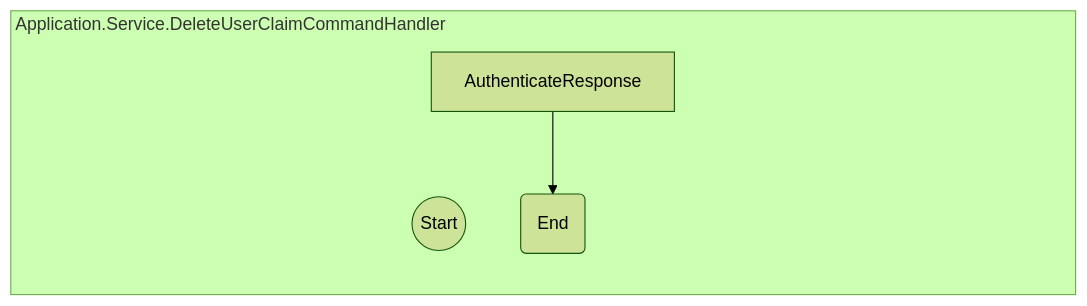
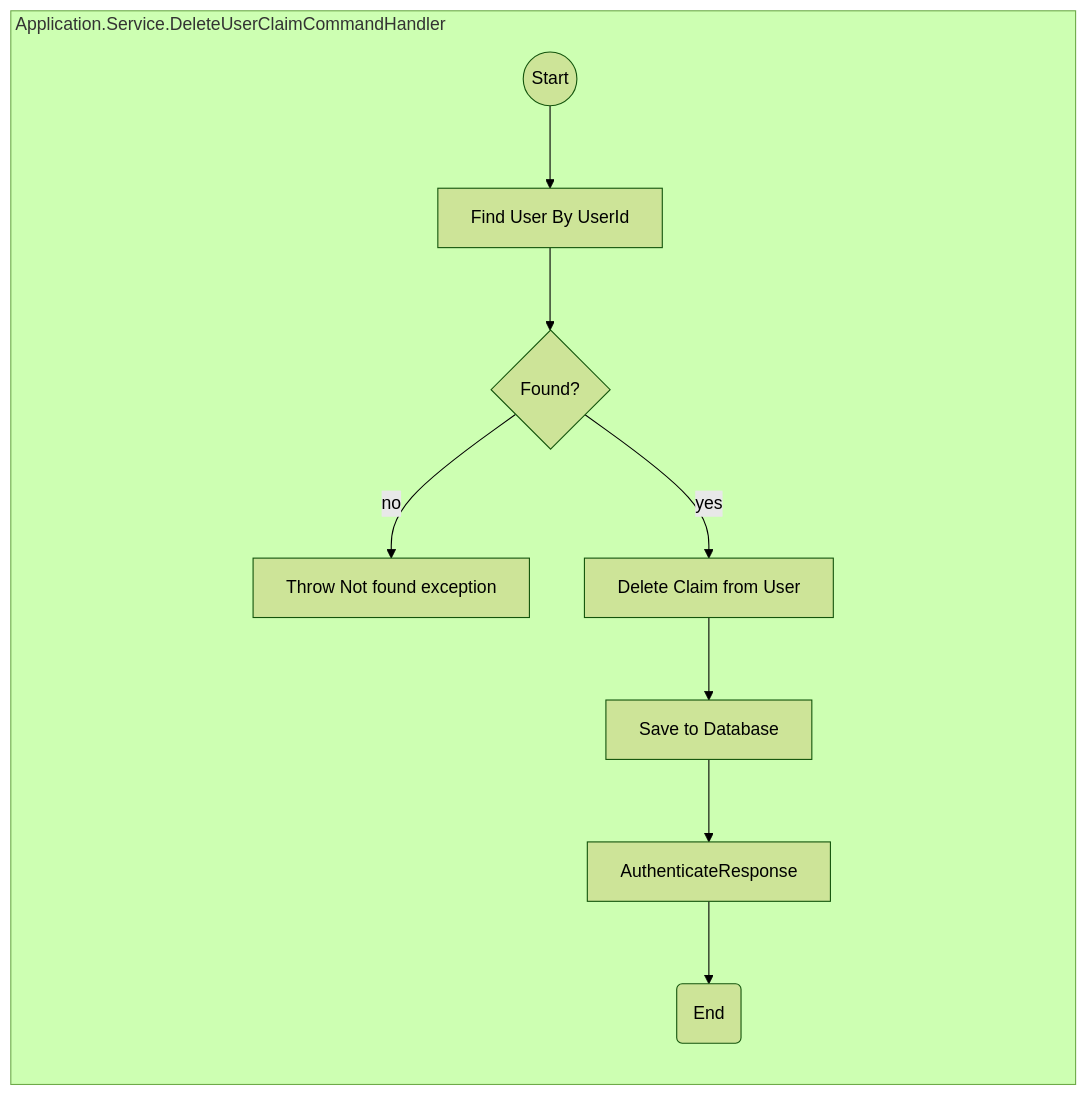
The first of 2 diagrams in UML/Application/Application.Service.DeleteUserClaimCommandHandler.md (sdlfly2000/AuthenticationServer), drawn with Mermaid (forest theme) before and after one commit. The commit also changed other lines of this file, not shown here.

Commit message:
#24 Update UML

````diff
--- a/UML/Application/Application.Service.DeleteUserClaimCommandHandler.md
+++ b/UML/Application/Application.Service.DeleteUserClaimCommandHandler.md
@@ -3,15 +3,18 @@
 ```mermaid
 flowchart TB
     subgraph main [<div style='display:flex; justify-content:flex-start; align-items:flex-start;width:60em'>Application.Service.DeleteUserClaimCommandHandler</div>]
         direction TB
-        start((Start)) 
-
-
+        start((Start)) -->
+        FindUser[Find User By UserId] -->
+        check1{Found?} --"no"-->
+        userNotFound["Throw Not found exception"]      
+        check1 --"yes"--> userFound["Delete Claim from User"] -->
+        updateDatabase[Save to Database] -->
         return[AuthenticateResponse] -->
         terminal(End)
     end
 
     %%{Class Relationship}%%
 
 
 ```
````
